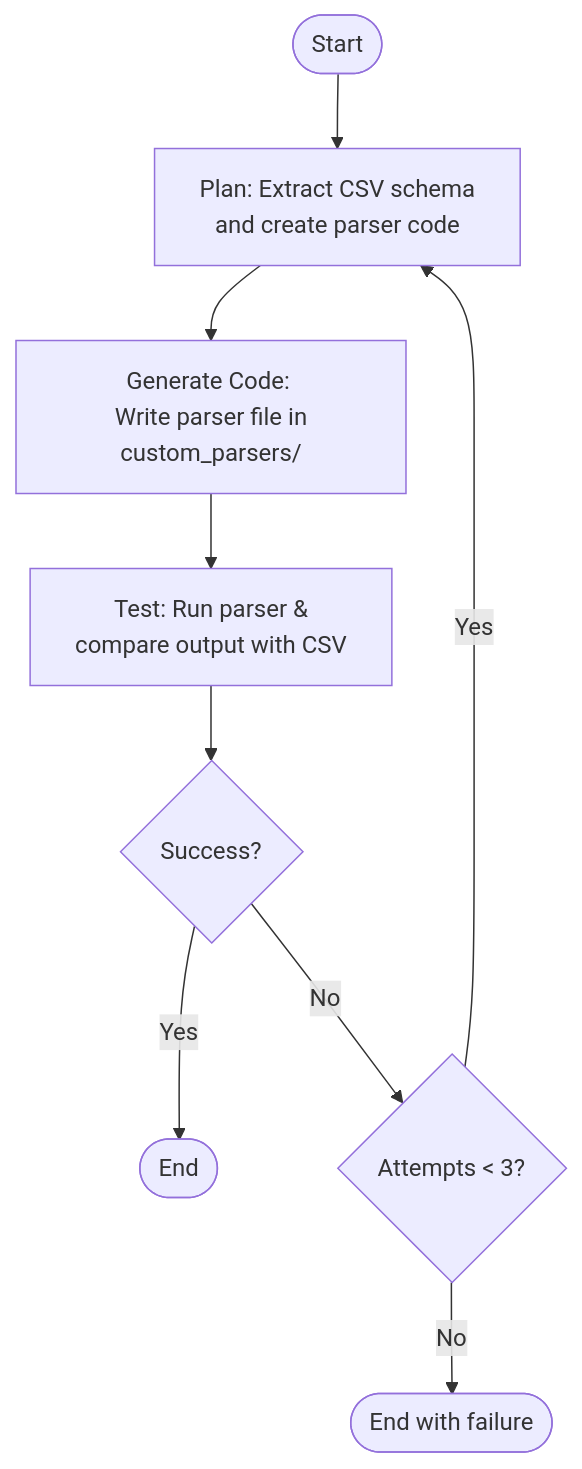
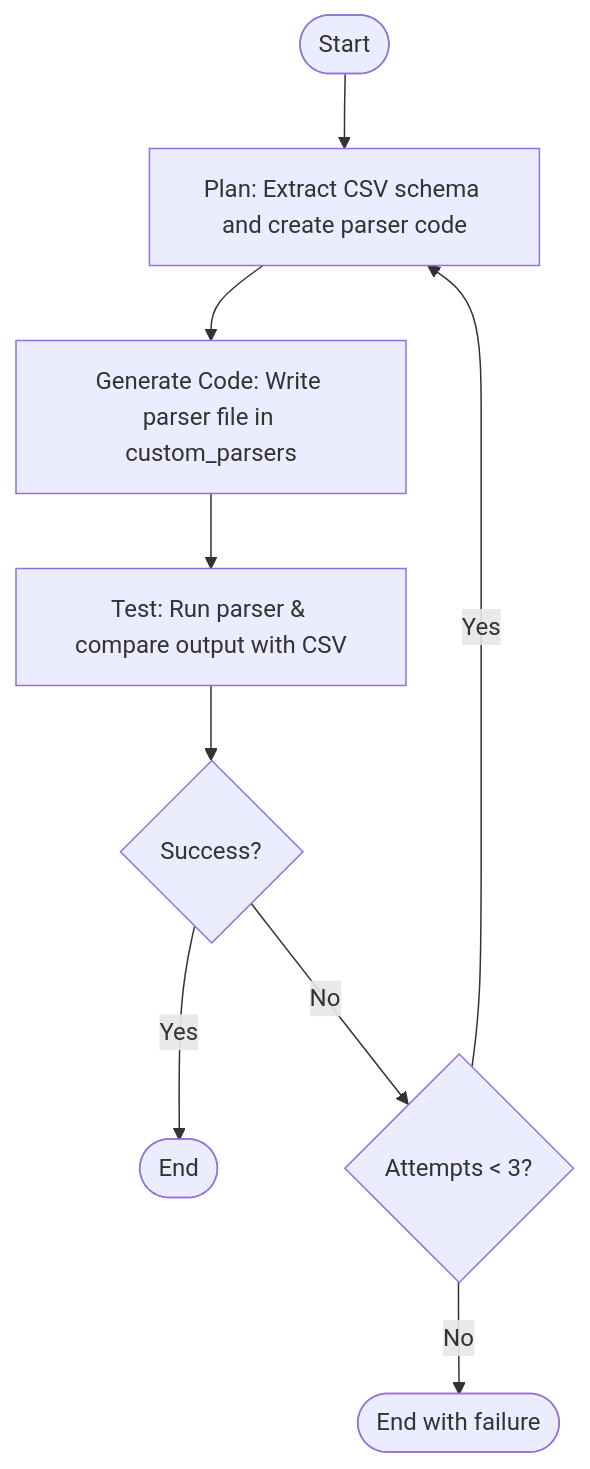
The diagram in README.md (apurv-korefi/ai-agent-challenge), drawn with Mermaid before and after one commit. The commit also changed other lines of this file and 1 other file, not shown here.

Commit message:
chore: updated readme and added .gitkeep

````diff
--- a/README.md
+++ b/README.md
@@ -57,11 +57,11 @@
 ```mermaid
 flowchart TD
-    Start([Start]) --> Plan[Plan: Extract CSV schema \n and create parser code]
-    Plan --> Generate[Generate Code: \n Write parser file in custom_parsers/]
-    Generate --> Test[Test: Run parser & \n compare output with CSV]
+    Start([Start]) --> Plan[Plan: Extract CSV schema and create parser code]
+    Plan --> Generate[Generate Code: Write parser file in custom_parsers]
+    Generate --> Test[Test: Run parser & compare output with CSV]
     Test --> CheckSuccess{Success?}
     CheckSuccess -- Yes --> End([End])
     CheckSuccess -- No --> CheckAttempts{Attempts < 3?}
     CheckAttempts -- Yes --> Plan
     CheckAttempts -- No --> Fail([End with failure])
 ```
````
